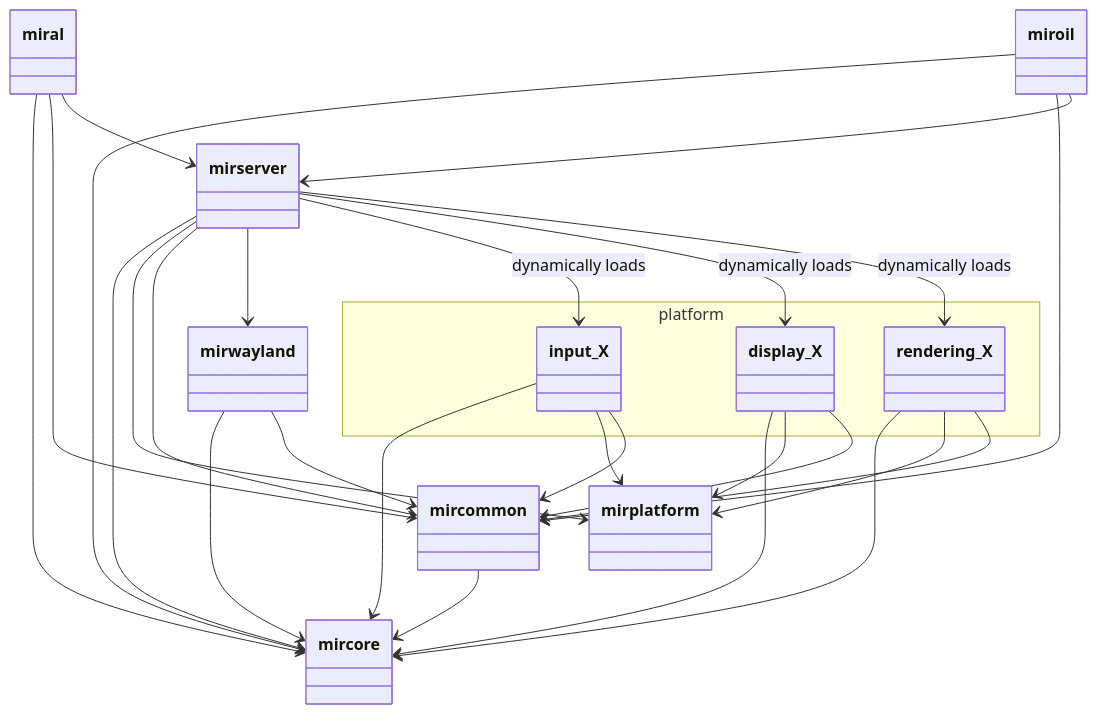
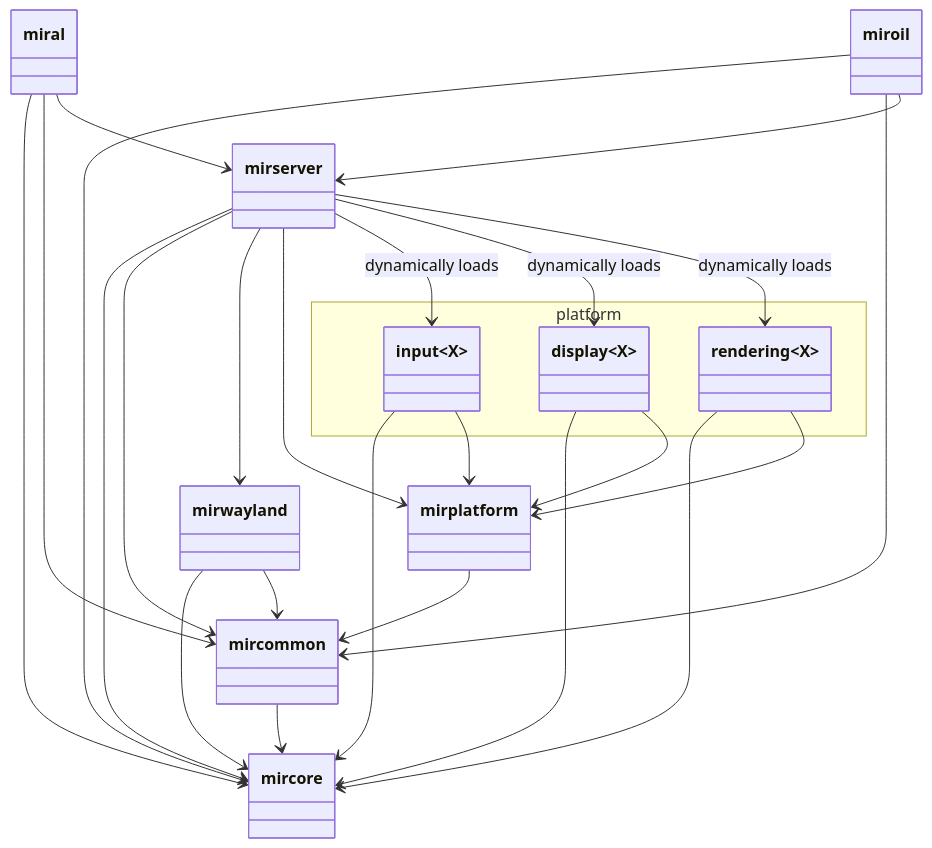
Before and after one commit to canonical/mir: the diagram in doc/sphinx/explanation/libraries.mmd, drawn with Mermaid.

Commit message:
More tweaks to libraries.mmd

```diff
--- a/doc/sphinx/explanation/libraries.mmd
+++ b/doc/sphinx/explanation/libraries.mmd
@@ -1,37 +1,35 @@
 classDiagram
     mircommon --> mircore
     mirwayland --> mircore
     miral --> mircore
     miroil --> mircore
     mirserver --> mircore
-    input_X --> mircore
-    display_X --> mircore
-    rendering_X --> mircore
-
-    mirserver --> mirplatform
-    input_X --> mirplatform
-    display_X --> mirplatform
-    rendering_X --> mirplatform
+    input~X~ --> mircore
+    display~X~ --> mircore
+    rendering~X~ --> mircore
 
     mirwayland --> mircommon
     mirserver --> mircommon
     miral --> mircommon
     miroil --> mircommon
-    input_X --> mircommon
-    display_X --> mircommon
-    rendering_X --> mircommon
+    mirplatform --> mircommon
 
     mirserver --> mirwayland
 
-    mirserver --> input_X: dynamically loads
-    mirserver --> display_X: dynamically loads
-    mirserver --> rendering_X: dynamically loads
+    mirserver --> mirplatform
+    input~X~ --> mirplatform
+    display~X~ --> mirplatform
+    rendering~X~ --> mirplatform
+
+    mirserver --> input~X~: dynamically loads
+    mirserver --> display~X~: dynamically loads
+    mirserver --> rendering~X~: dynamically loads
 
     miral --> mirserver
     miroil --> mirserver
 
     namespace platform {
-        class input_X
-        class display_X
-        class rendering_X
+        class input~X~
+        class display~X~
+        class rendering~X~
     }
```
